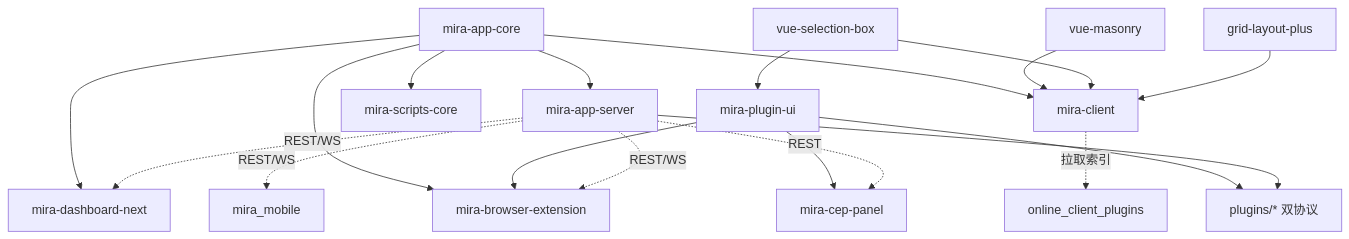
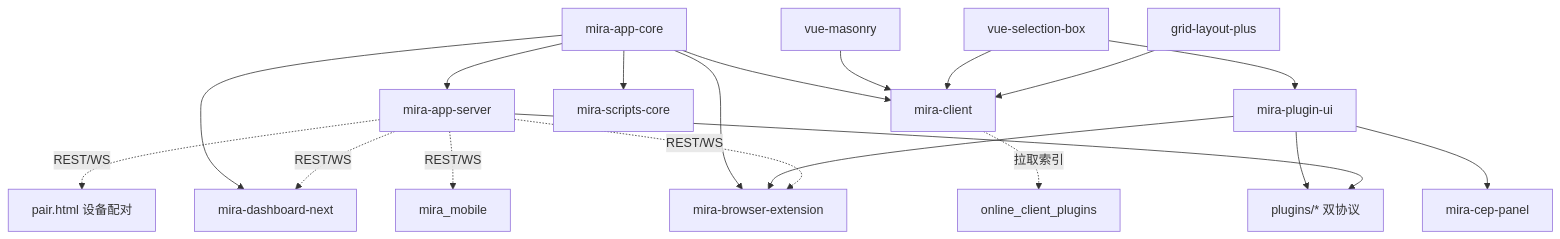
The diagram in CLAUDE.md (hunmer/mira), drawn with Mermaid before and after one commit. The commit also changed other lines of this file and 31 other files, not shown here.

````diff
--- a/CLAUDE.md
+++ b/CLAUDE.md
@@ -57,21 +59,21 @@
 ```mermaid
 graph TD
   core[mira-app-core] --> server[mira-app-server]
   core --> client[mira-client]
   core --> scripts[mira-scripts-core]
   core --> ext[mira-browser-extension]
   core --> dash[mira-dashboard-next]
   vmason[vue-masonry] --> client
   vsel[vue-selection-box] --> client
   glp[grid-layout-plus] --> client
   vsel --> pui[mira-plugin-ui]
   pui --> ext
   pui --> cep[mira-cep-panel]
   pui --> plugins[plugins/* 双协议]
   server --> plugins
   server -.REST/WS.-> dash
   server -.REST/WS.-> ext
   server -.REST/WS.-> mobile[mira_mobile]
-  server -.REST.-> cep
+  server -.REST/WS.-> pair[pair.html 设备配对]
   client -.拉取索引.-> market[online_client_plugins]
 ```
````
